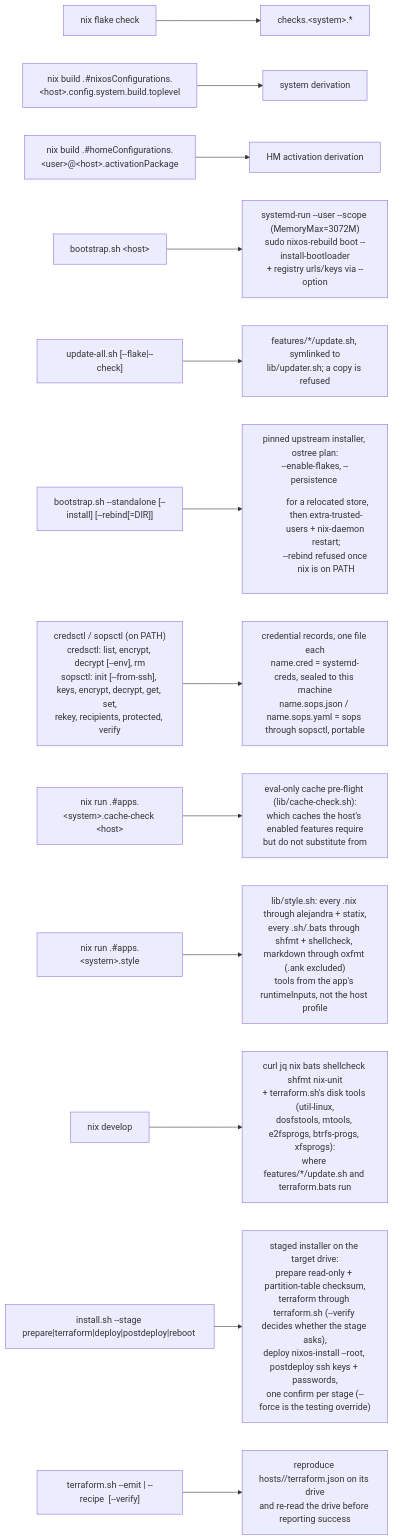
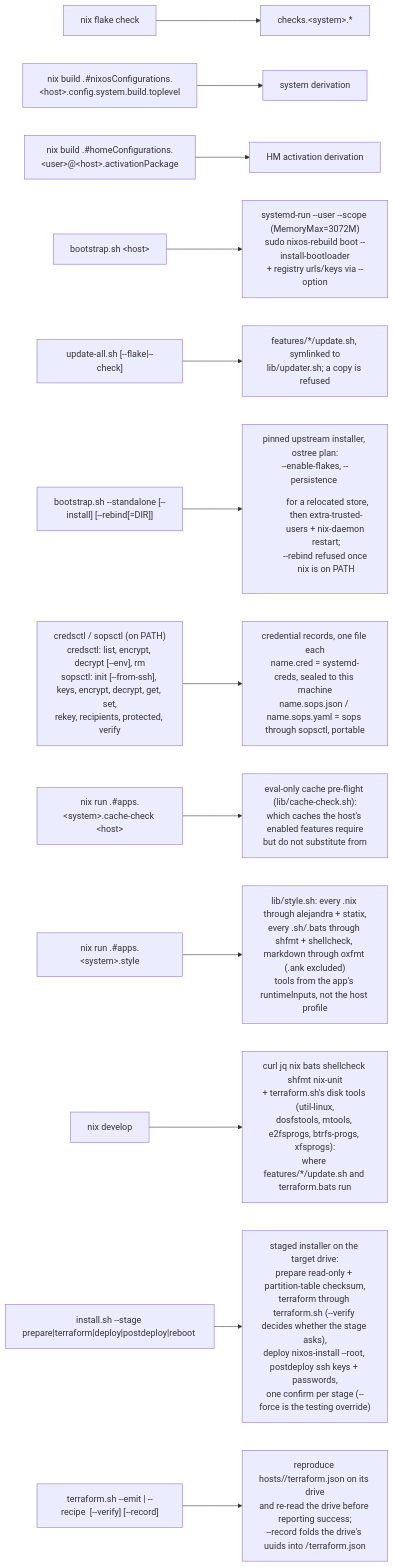
Before and after one commit to WombatFromHell/automatic-palm-tree: the seventh of 7 diagrams in DESIGN.md, drawn with Mermaid. The commit also changed other lines of this file and 2 other files, not shown here.

Commit message:
ADR-8cd71b226ffb proposed: a recipe names filesystems by UUID, and the run records them

````diff
--- a/DESIGN.md
+++ b/DESIGN.md
@@ -394,15 +406,15 @@
 ```mermaid
 flowchart LR
   E["nix flake check"] --> CK["checks.&lt;system&gt;.*"]
   E2["nix build .#nixosConfigurations.&lt;host&gt;.config.system.build.toplevel"] --> NC["system derivation"]
   E3["nix build .#homeConfigurations.&lt;user&gt;@&lt;host&gt;.activationPackage"] --> HC["HM activation derivation"]
   E4["bootstrap.sh &lt;host&gt;"] --> RB["systemd-run --user --scope (MemoryMax=3072M)<br/>sudo nixos-rebuild boot --install-bootloader<br/>+ registry urls/keys via --option"]
   E5["update-all.sh [--flake|--check]"] --> UP["features/*/update.sh, symlinked to<br/>lib/updater.sh; a copy is refused"]
   E6["bootstrap.sh --standalone [--install] [--rebind[=DIR]]"] --> IN["pinned upstream installer, ostree plan:<br/>--enable-flakes, --persistence <dir> for a relocated store,<br/>then extra-trusted-users + nix-daemon restart;<br/>--rebind refused once nix is on PATH"]
   E7["credsctl / sopsctl (on PATH)<br/>credsctl: list, encrypt, decrypt [--env], rm<br/>sopsctl: init [--from-ssh], keys, encrypt, decrypt, get, set,<br/>rekey, recipients, protected, verify"] --> CR["credential records, one file each<br/>name.cred = systemd-creds, sealed to this machine<br/>name.sops.json / name.sops.yaml = sops through sopsctl, portable"]
   E8["nix run .#apps.&lt;system&gt;.cache-check &lt;host&gt;"] --> CF["eval-only cache pre-flight (lib/cache-check.sh):<br/>which caches the host's enabled features require<br/>but do not substitute from"]
   E9["nix run .#apps.&lt;system&gt;.style"] --> ST["lib/style.sh: every .nix through alejandra + statix,<br/>every .sh/.bats through shfmt + shellcheck, markdown through oxfmt (.ank excluded)<br/>tools from the app's runtimeInputs, not the host profile"]
   E10["nix develop"] --> DEV["curl jq nix bats shellcheck shfmt nix-unit<br/>+ terraform.sh's disk tools (util-linux,<br/>dosfstools, mtools, e2fsprogs, btrfs-progs, xfsprogs):<br/>where features/*/update.sh and terraform.bats run"]
   E11["install.sh --stage prepare|terraform|deploy|postdeploy|reboot <host>"] --> INS["staged installer on the target drive:<br/>prepare read-only + partition-table checksum,<br/>terraform through terraform.sh (--verify decides whether the stage asks),<br/>deploy nixos-install --root, postdeploy ssh keys + passwords,<br/>one confirm per stage (--force is the testing override)"]
-  E12["terraform.sh --emit | --recipe <file> [--verify]"] --> DRV["reproduce hosts/<host>/terraform.json on its drive<br/>and re-read the drive before reporting success"]
+  E12["terraform.sh --emit | --recipe <file> [--verify] [--record]"] --> DRV["reproduce hosts/<host>/terraform.json on its drive<br/>and re-read the drive before reporting success;<br/>--record folds the drive's uuids into <mount>/terraform.json"]
 ```
````
